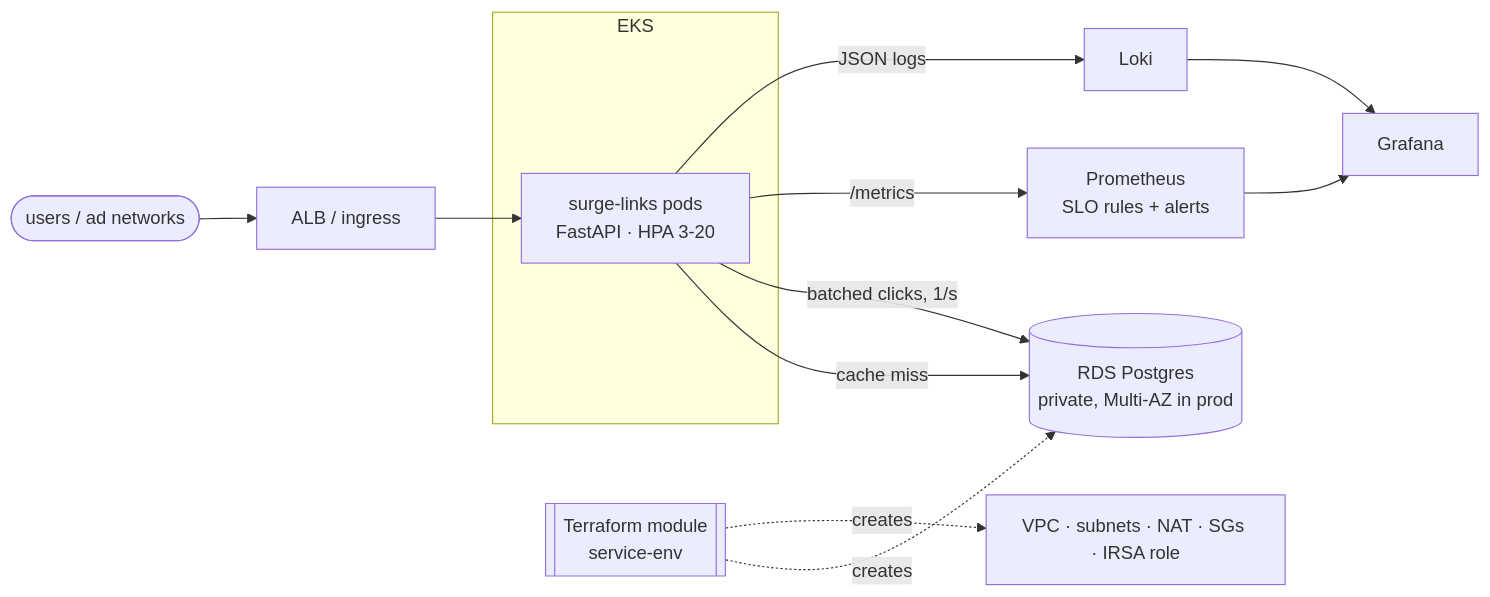
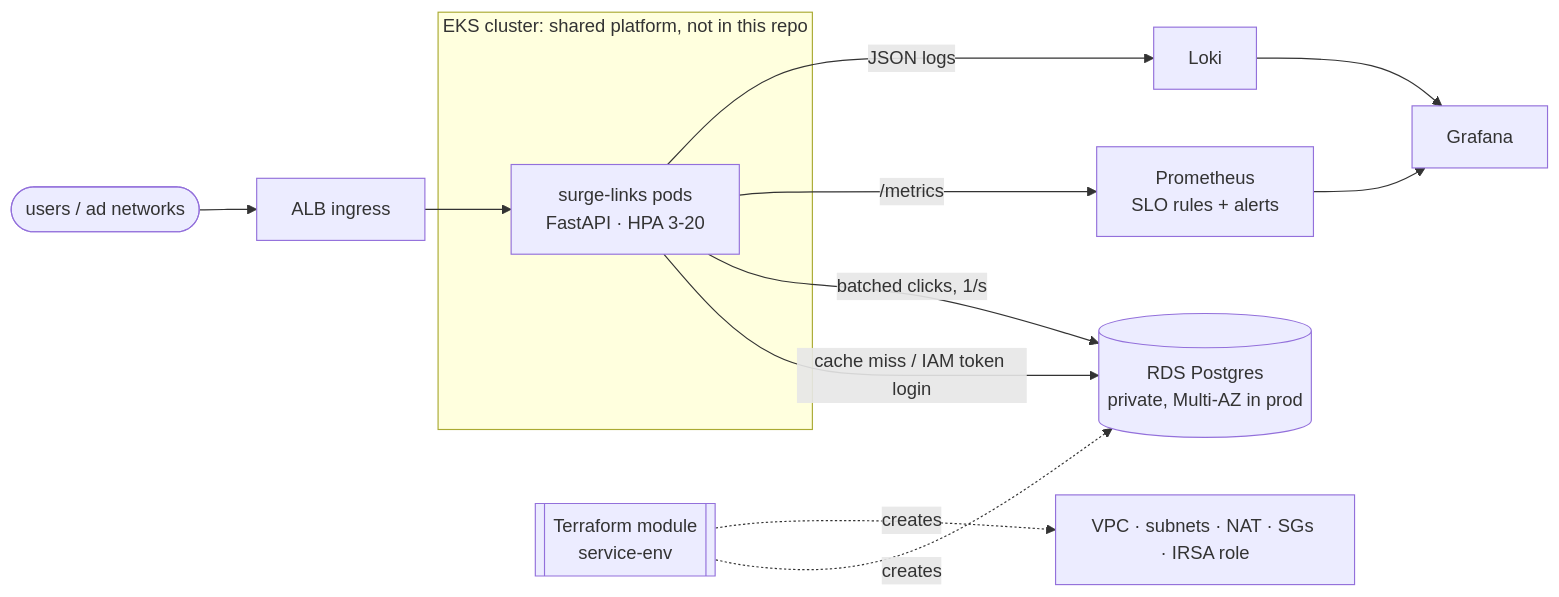
One commit to baursuck/surge-links changed the diagram in README.md. Above: the diagram before and after it, drawn with Mermaid. The commit also changed other lines of this file and 6 other files, not shown here.

````diff
--- a/README.md
+++ b/README.md
@@ -7,16 +7,16 @@
 ```mermaid
 flowchart LR
-  user([users / ad networks]) --> alb[ALB / ingress]
+  user([users / ad networks]) --> alb[ALB ingress]
   alb --> pods
-  subgraph k8s[EKS]
+  subgraph k8s[EKS cluster: shared platform, not in this repo]
     pods[surge-links pods<br/>FastAPI · HPA 3-20]
   end
-  pods -- cache miss --> rds[(RDS Postgres<br/>private, Multi-AZ in prod)]
+  pods -- cache miss / IAM token login --> rds[(RDS Postgres<br/>private, Multi-AZ in prod)]
   pods -- batched clicks, 1/s --> rds
   pods -- /metrics --> prom[Prometheus<br/>SLO rules + alerts]
   pods -- JSON logs --> loki[Loki]
   prom --> graf[Grafana]
   loki --> graf
   tf[[Terraform module<br/>service-env]] -.creates.-> rds
   tf -.creates.-> vpc[VPC · subnets · NAT · SGs · IRSA role]
 ```
````
